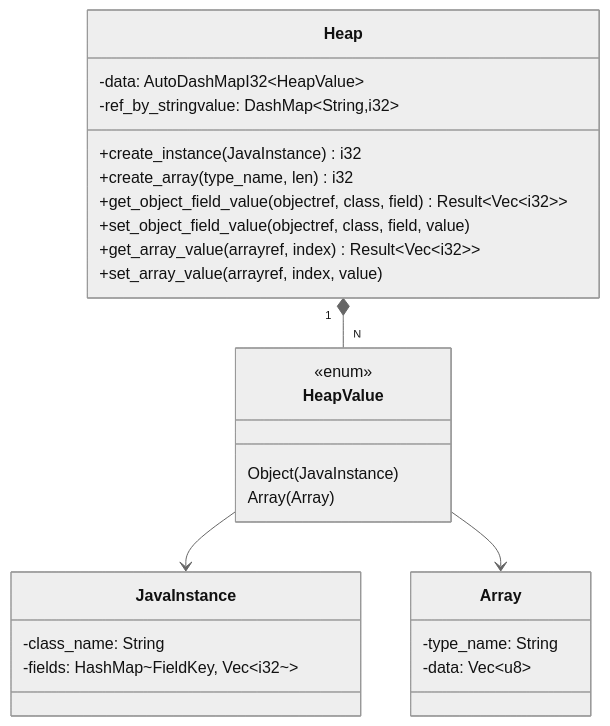
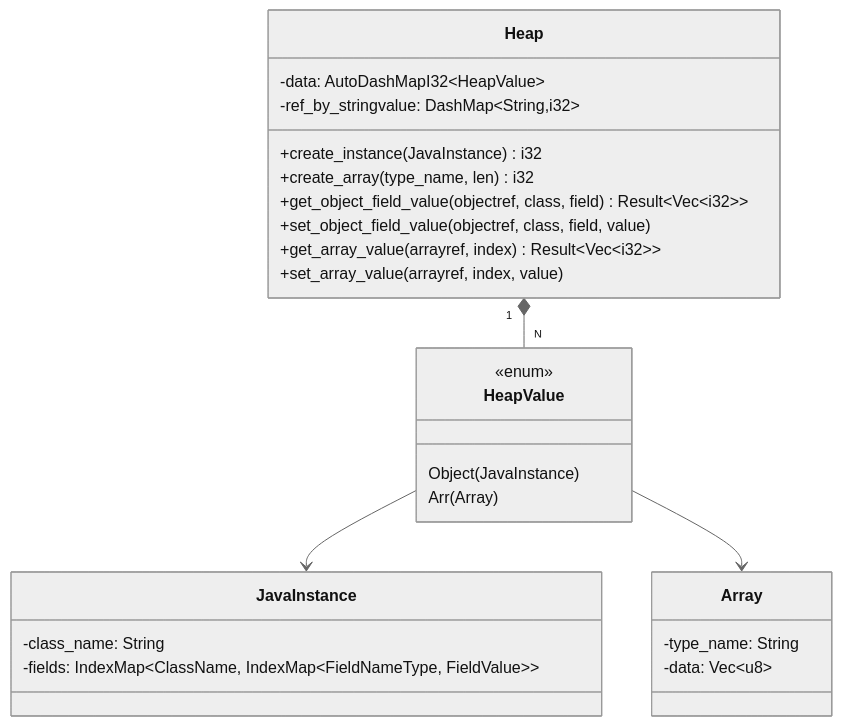
One commit to hextriclosan/rusty-jvm changed the third of 6 diagrams in docs/architecture.md. Above: the diagram before and after it, drawn with Mermaid (neutral theme). The commit also changed other lines of this file and 1 other file, not shown here.

````diff
--- a/docs/architecture.md
+++ b/docs/architecture.md
@@ -89,33 +89,33 @@
 ```mermaid
 classDiagram
     class Heap {
         -data: AutoDashMapI32~HeapValue~
         -ref_by_stringvalue: DashMap~String,i32~
         +create_instance(JavaInstance) i32
         +create_array(type_name, len) i32
         +get_object_field_value(objectref, class, field) Result~Vec~i32~~
         +set_object_field_value(objectref, class, field, value)
         +get_array_value(arrayref, index) Result~Vec~i32~~
         +set_array_value(arrayref, index, value)
     }
 
     class HeapValue {
         <<enum>>
         Object(JavaInstance)
-        Array(Array)
+        Arr(Array)
     }
 
     class JavaInstance {
         -class_name: String
-        -fields: HashMap~FieldKey, Vec~i32~~
+        -fields: IndexMap&lt;ClassName, IndexMap&lt;FieldNameType, FieldValue&gt;&gt;
     }
 
     class Array {
         -type_name: String
         -data: Vec~u8~
     }
 
     Heap "1" *-- "N" HeapValue
     HeapValue --> JavaInstance
     HeapValue --> Array
 ```
````
